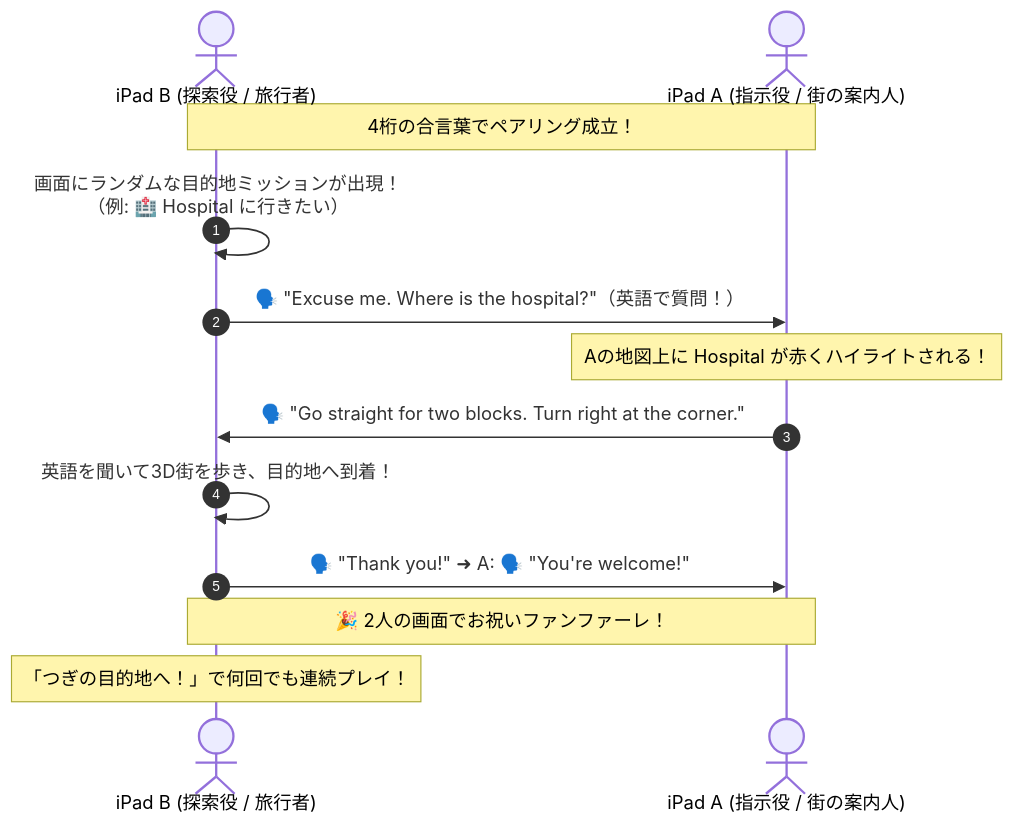
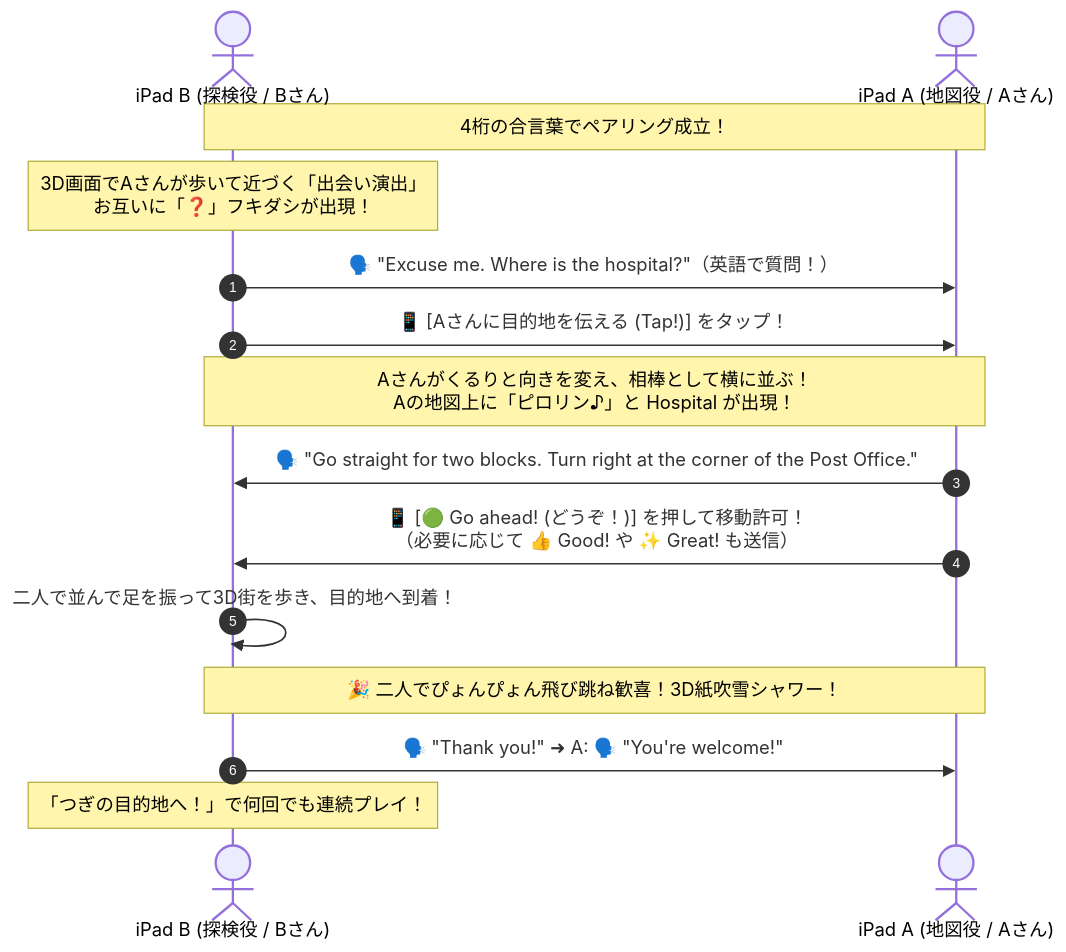
Before and after one commit to matsuoka-tsuyoshi-edu/webapp: the diagram in whereisOO/manual/01_概要・授業指導案向け説明資料.md, drawn with Mermaid. The commit also changed 8 other files, not shown here.

````diff
--- a/whereisOO/manual/01_概要・授業指導案向け説明資料.md
+++ b/whereisOO/manual/01_概要・授業指導案向け説明資料.md
@@ -27,16 +27,18 @@
 ```mermaid
 sequenceDiagram
     autonumber
-    actor B as iPad B (探索役 / 旅行者)
-    actor A as iPad A (指示役 / 街の案内人)
+    actor B as iPad B (探検役 / Bさん)
+    actor A as iPad A (地図役 / Aさん)
 
     Note over A,B: 4桁の合言葉でペアリング成立！
-    B->>B: 画面にランダムな目的地ミッションが出現！<br>（例: 🏥 Hospital に行きたい）
+    Note over B: 3D画面でAさんが歩いて近づく「出会い演出」<br>お互いに「❓」フキダシが出現！
     B->>A: 🗣️ "Excuse me. Where is the hospital?"（英語で質問！）
-    Note over A: Aの地図上に Hospital が赤くハイライトされる！
-    A->>B: 🗣️ "Go straight for two blocks. Turn right at the corner."
-    B->>B: 英語を聞いて3D街を歩き、目的地へ到着！
+    B->>A: 📱 [Aさんに目的地を伝える (Tap!)] をタップ！
+    Note over A,B: Aさんがくるりと向きを変え、相棒として横に並ぶ！<br>Aの地図上に「ピロリン♪」と Hospital が出現！
+    A->>B: 🗣️ "Go straight for two blocks. Turn right at the corner of the Post Office."
+    A->>B: 📱 [🟢 Go ahead! (どうぞ！)] を押して移動許可！<br>（必要に応じて 👍 Good! や ✨ Great! も送信）
+    B->>B: 二人で並んで足を振って3D街を歩き、目的地へ到着！
+    Note over A,B: 🎉 二人でぴょんぴょん飛び跳ね歓喜！3D紙吹雪シャワー！
     B->>A: 🗣️ "Thank you!" ➜ A: 🗣️ "You're welcome!"
-    Note over A,B: 🎉 2人の画面でお祝いファンファーレ！
     Note over B: 「つぎの目的地へ！」で何回でも連続プレイ！
 ```
````
